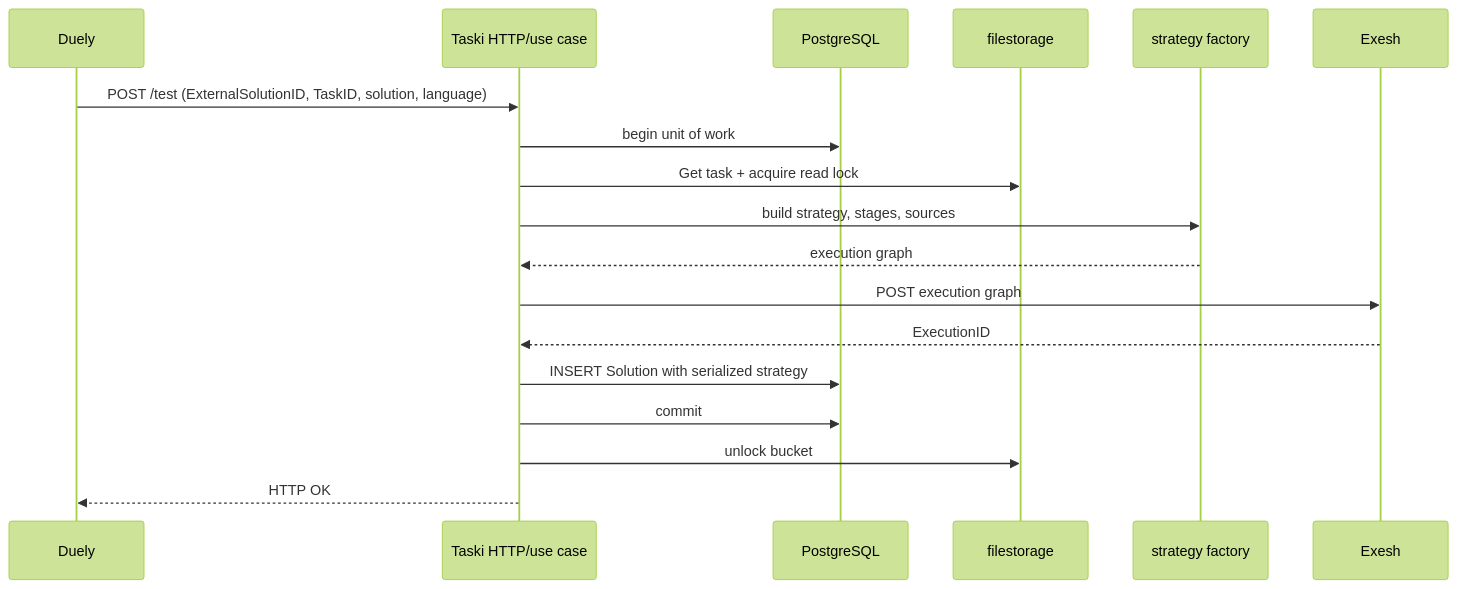
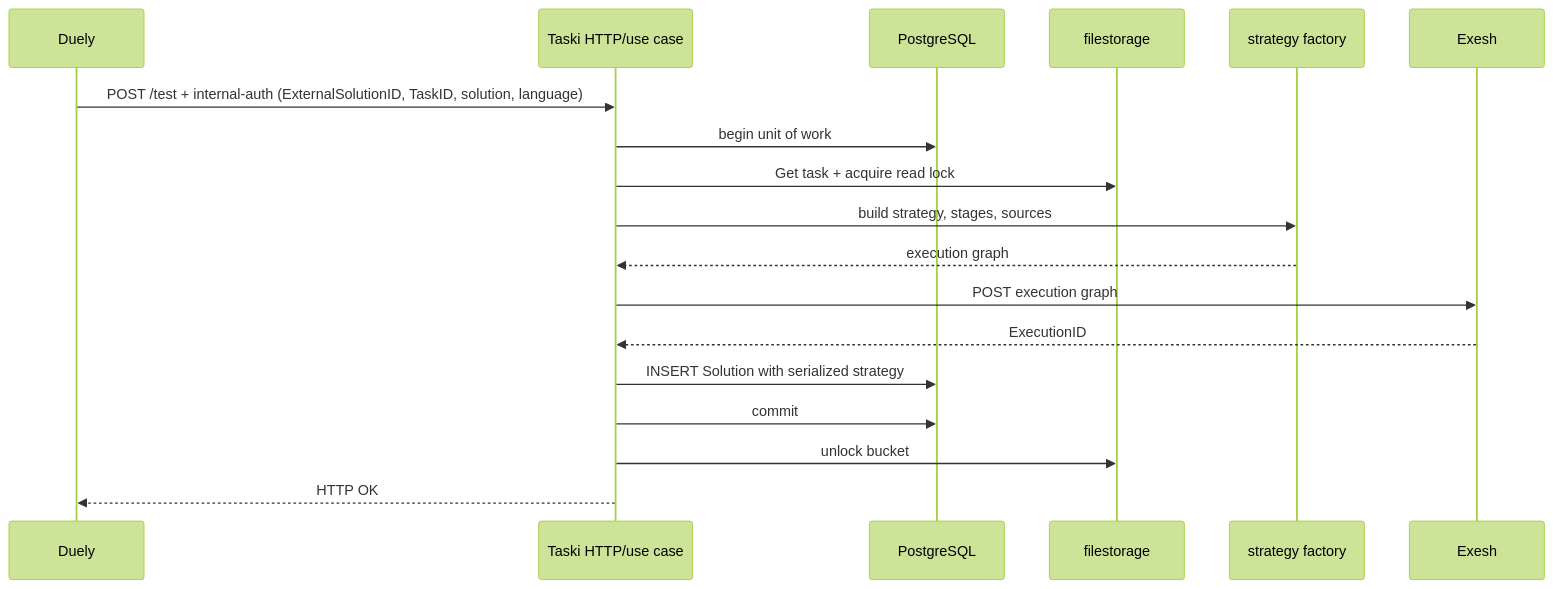
One commit to DIvanCode/CoDuels-Backend changed the diagram in docs/processes/taski/testing-submission.md. Above: the diagram before and after it, drawn with Mermaid (forest theme). The commit also changed other lines of this file and 9 other files, not shown here.

````diff
--- a/docs/processes/taski/testing-submission.md
+++ b/docs/processes/taski/testing-submission.md
@@ -45,20 +48,20 @@
 ```mermaid
 sequenceDiagram
     participant D as Duely
     participant T as Taski HTTP/use case
     participant P as PostgreSQL
     participant F as filestorage
     participant S as strategy factory
     participant E as Exesh
-    D->>T: POST /test (ExternalSolutionID, TaskID, solution, language)
+    D->>T: POST /test + internal-auth (ExternalSolutionID, TaskID, solution, language)
     T->>P: begin unit of work
     T->>F: Get task + acquire read lock
     T->>S: build strategy, stages, sources
     S-->>T: execution graph
     T->>E: POST execution graph
     E-->>T: ExecutionID
     T->>P: INSERT Solution with serialized strategy
     T->>P: commit
     T->>F: unlock bucket
     T-->>D: HTTP OK
 ```
````
